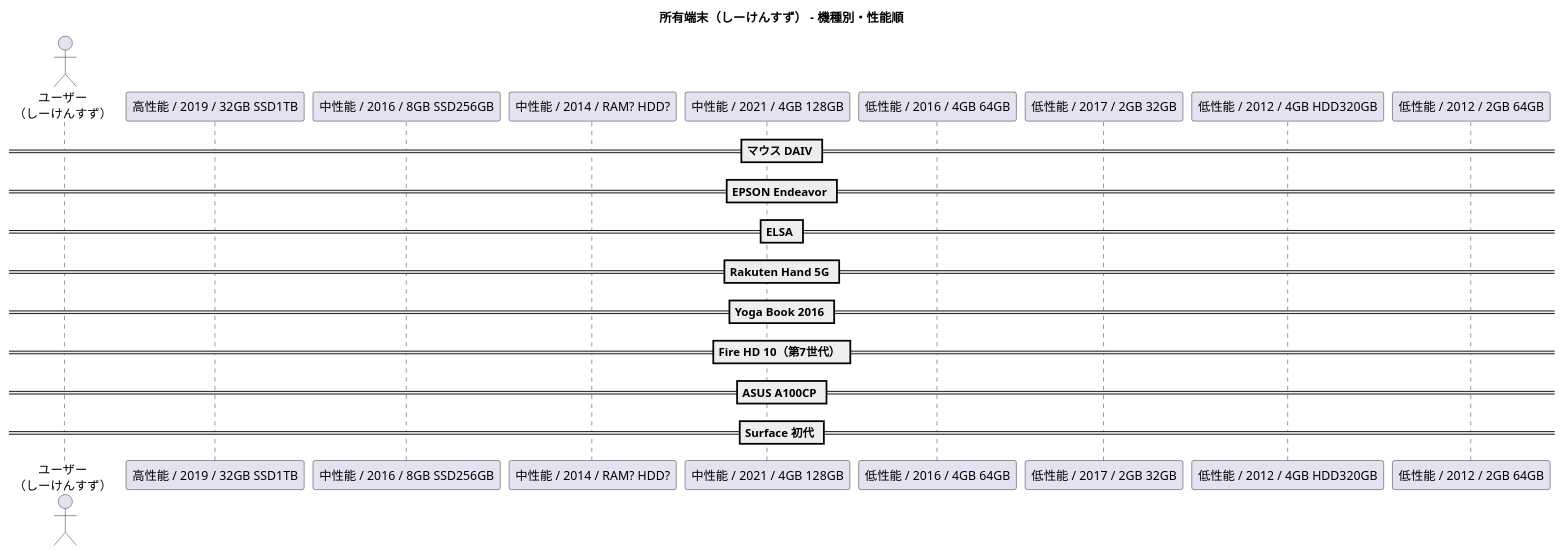
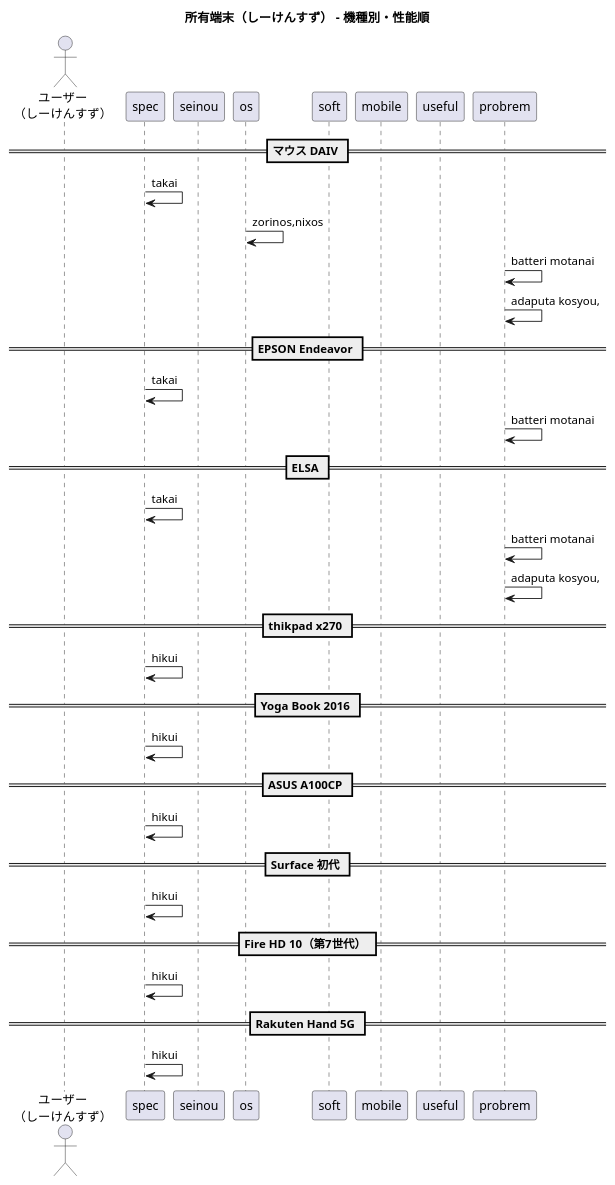
One commit to coacoa/images changed the diagram in it_pc_smaho_tablet.pu. Above: the diagram before and after it, drawn with PlantUML. The commit also changed 1 other file, not shown here.

```diff
--- a/it_pc_smaho_tablet.pu
+++ b/it_pc_smaho_tablet.pu
@@ -1,30 +1,48 @@
 @startuml
 title 所有端末（しーけんすず） - 機種別・性能順
 
 actor "ユーザー\n（しーけんすず）" as User
+participant "spec" as spec
+participant "seinou" as seinou
+participant "os" as os
+participant "soft" as soft
+participant "mobile" as mobile
+participant "useful" as useful
+participant "probrem" as probrem
 
 == マウス DAIV ==
-participant "高性能 / 2019 / 32GB SSD1TB" as DAIV
+spec -> spec : takai
+os -> os : zorinos,nixos
+probrem -> probrem : batteri motanai
+probrem -> probrem : adaputa kosyou,
 
 == EPSON Endeavor ==
-participant "中性能 / 2016 / 8GB SSD256GB" as EPSON
+spec -> spec : takai
+probrem -> probrem : batteri motanai
 
 == ELSA ==
-participant "中性能 / 2014 / RAM? HDD?" as ELSA
+spec -> spec : takai
+probrem -> probrem : batteri motanai
+probrem -> probrem : adaputa kosyou,
+
+== thikpad x270 ==
+spec -> spec : hikui
+
+== Yoga Book 2016 ==
+spec -> spec : hikui
+
+== ASUS A100CP ==
+spec -> spec : hikui
+
+== Surface 初代 ==
+spec -> spec : hikui
+
+== Fire HD 10（第7世代） ==
+spec -> spec : hikui
+
 
 == Rakuten Hand 5G ==
-participant "中性能 / 2021 / 4GB 128GB" as Rakuten
+spec -> spec : hikui
 
-== Yoga Book 2016 ==
-participant "低性能 / 2016 / 4GB 64GB" as Yoga
-
-== Fire HD 10（第7世代） ==
-participant "低性能 / 2017 / 2GB 32GB" as FireHD
-
-== ASUS A100CP ==
-participant "低性能 / 2012 / 4GB HDD320GB" as ASUS
-
-== Surface 初代 ==
-participant "低性能 / 2012 / 2GB 64GB" as Surface
 
 @enduml
```
